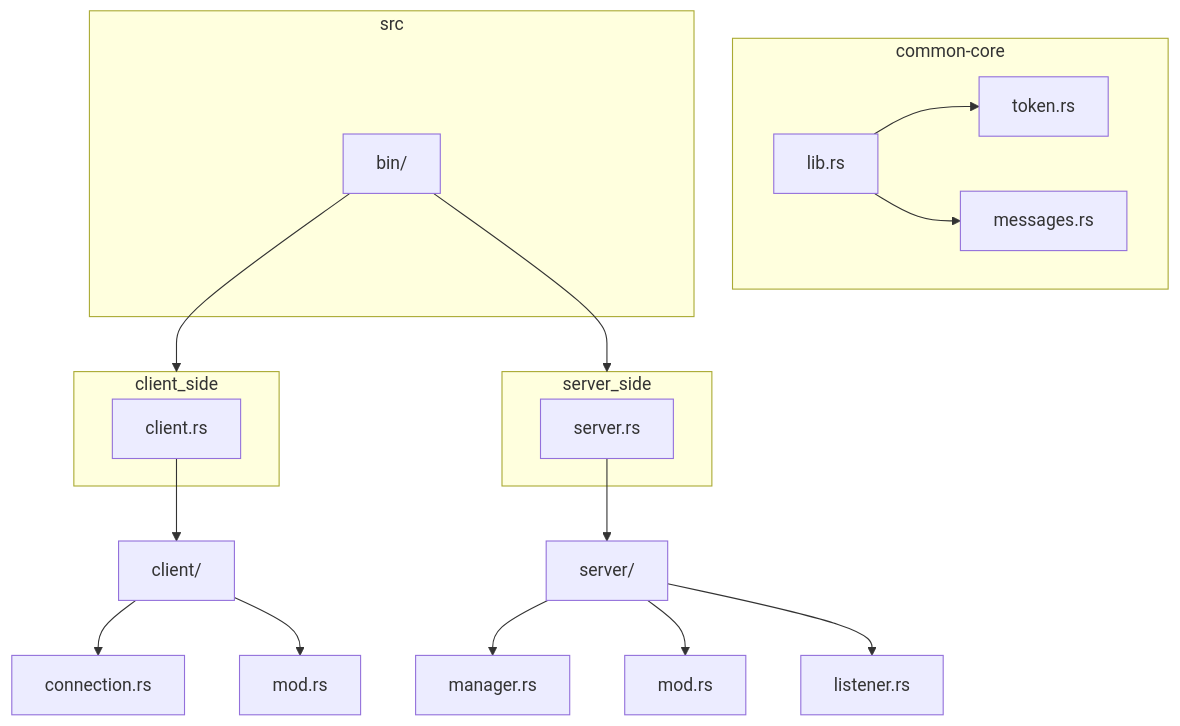
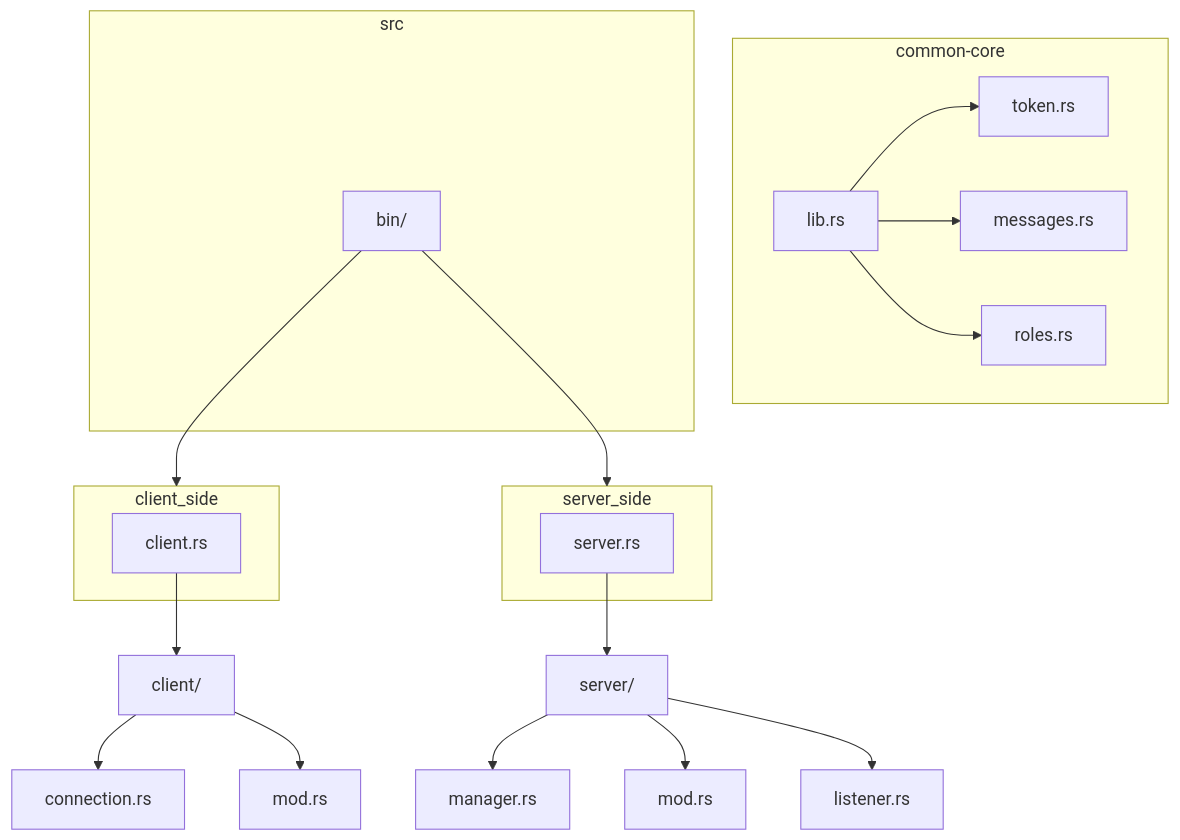
One commit to AymaneImr/privy changed the diagram in src/README.md. Above: the diagram before and after it, drawn with Mermaid.

Commit message:
Add roles.rs to README.md gragh

````diff
--- a/src/README.md
+++ b/src/README.md
@@ -1,37 +1,39 @@
 ```mermaid
 graph TD
     subgraph common-core
         lib[lib.rs]
         tokens[token.rs]
         messages[messages.rs]
+        roles[roles.rs]
         
     end
 
     subgraph src
         bin_dir[bin/]
     end
 
     bin_dir --> client_side
     bin_dir --> server_side
 
     subgraph client_side
         client_bin[client.rs]
     end
 
     subgraph server_side
         server_bin[server.rs]
     end
 
     client_bin --> client_mod[client/]
     server_bin --> server_mod[server/]
 
     client_mod --> conn_mod[connection.rs]
     client_mod --> mid_mod1[mod.rs]
 
     server_mod --> man_mod[manager.rs]
     server_mod --> mid_mod2[mod.rs]
     server_mod --> listeners[listener.rs]
 
     lib --> tokens
     lib --> messages
+    lib --> roles
 ```
````
